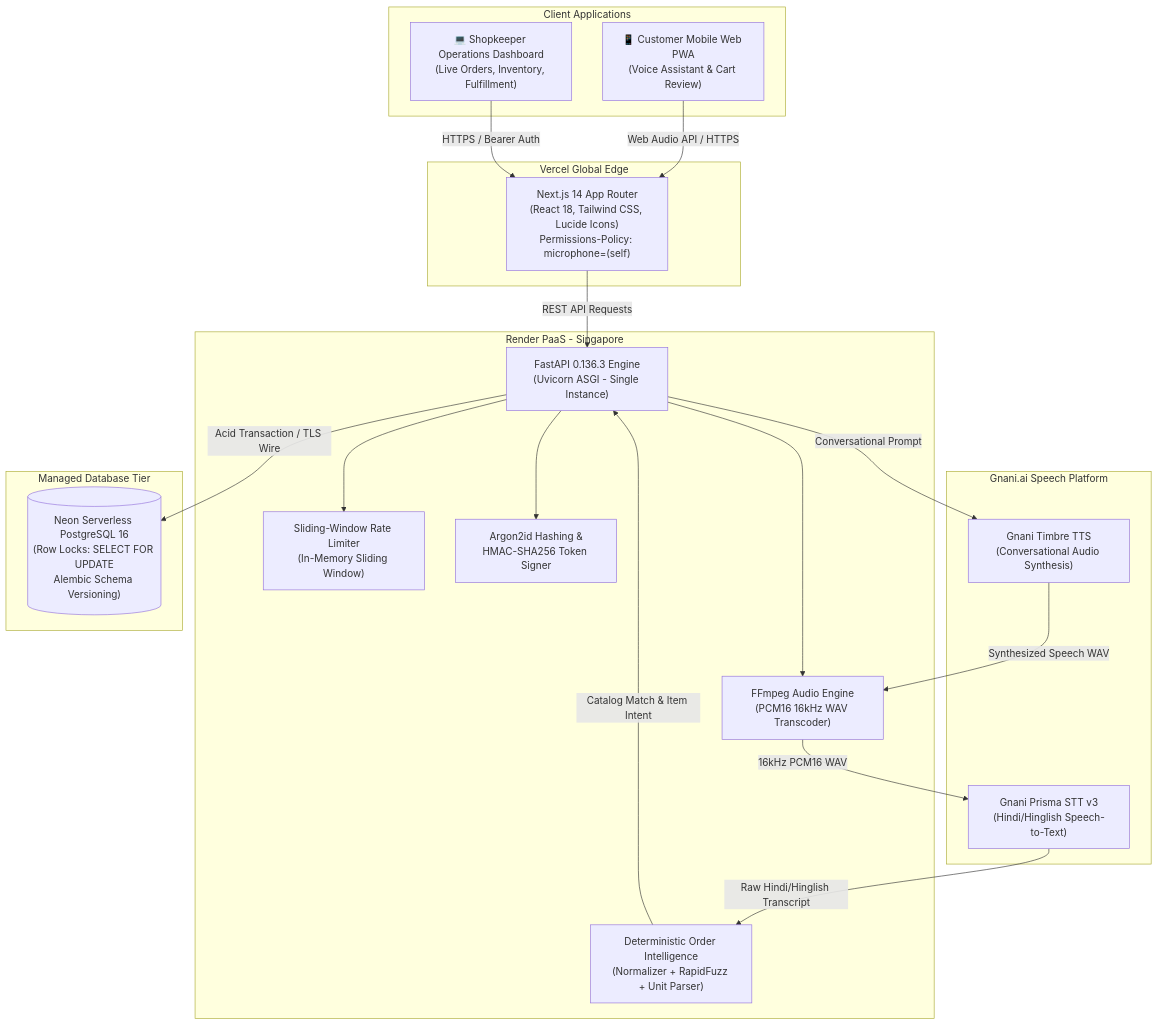
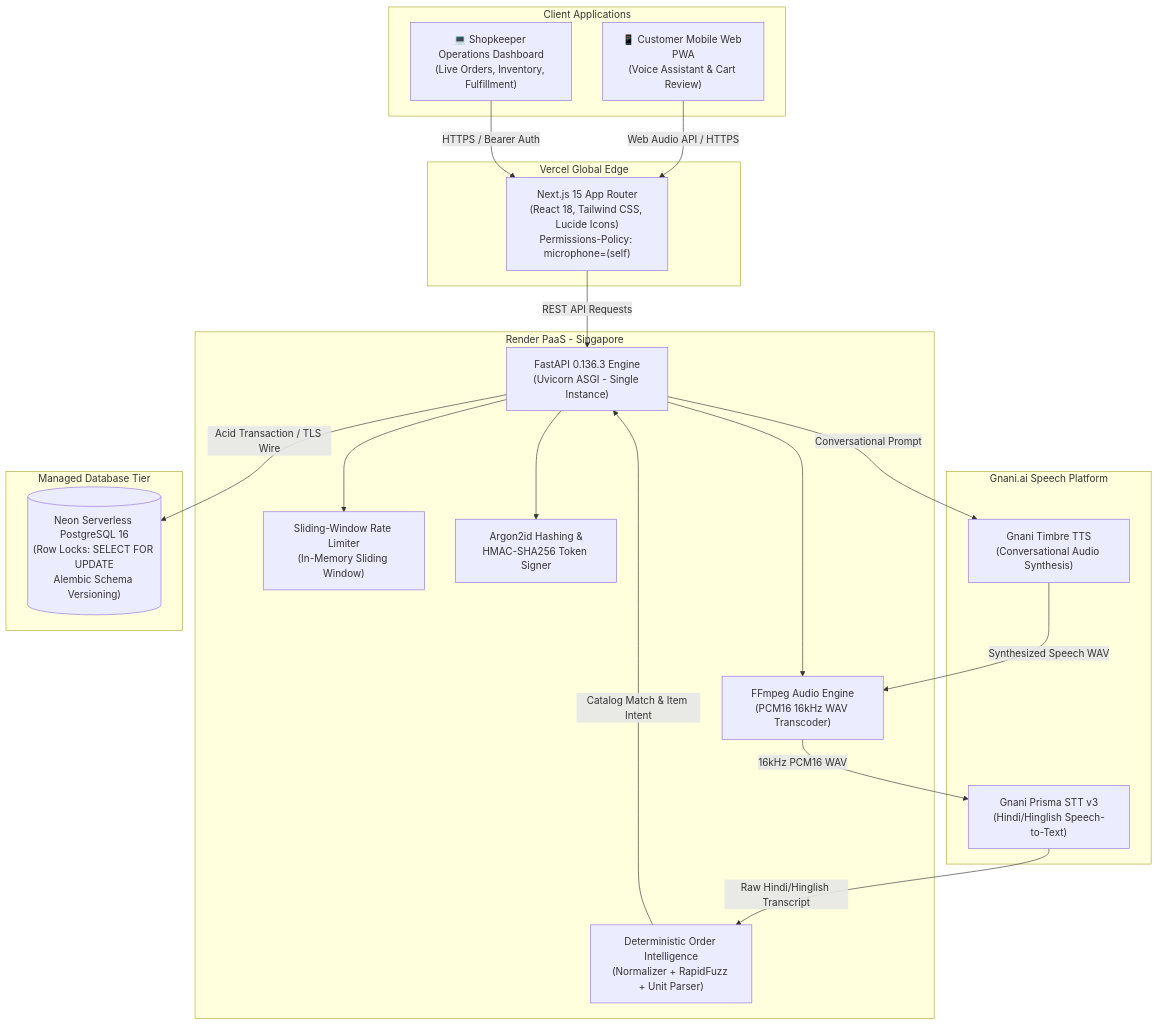
One commit to gautamhardik/gnani changed the first of 2 diagrams in README.md. Above: the diagram before and after it, drawn with Mermaid. The commit also changed other lines of this file and 11 other files, not shown here.

````diff
--- a/README.md
+++ b/README.md
@@ -17,44 +17,44 @@
 ```mermaid
 flowchart TD
     subgraph Client_Applications [Client Applications]
         CustApp["📱 Customer Mobile Web PWA<br/>(Voice Assistant & Cart Review)"]
         MerchApp["💻 Shopkeeper Operations Dashboard<br/>(Live Orders, Inventory, Fulfillment)"]
     end
 
     subgraph CDN_Edge [Vercel Global Edge]
-        NextServer["Next.js 14 App Router<br/>(React 18, Tailwind CSS, Lucide Icons)<br/>Permissions-Policy: microphone=(self)"]
+        NextServer["Next.js 15 App Router<br/>(React 18, Tailwind CSS, Lucide Icons)<br/>Permissions-Policy: microphone=(self)"]
     end
 
     subgraph Backend_Cloud [Render PaaS - Singapore]
         FastAPIApp["FastAPI 0.136.3 Engine<br/>(Uvicorn ASGI - Single Instance)"]
         RateLimiter["Sliding-Window Rate Limiter<br/>(In-Memory Sliding Window)"]
         AuthSecurity["Argon2id Hashing &<br/>HMAC-SHA256 Token Signer"]
         AudioService["FFmpeg Audio Engine<br/>(PCM16 16kHz WAV Transcoder)"]
         IntellEngine["Deterministic Order Intelligence<br/>(Normalizer + RapidFuzz + Unit Parser)"]
     end
 
     subgraph Speech_Services [Gnani.ai Speech Platform]
         PrismaSTT["Gnani Prisma STT v3<br/>(Hindi/Hinglish Speech-to-Text)"]
         TimbreTTS["Gnani Timbre TTS<br/>(Conversational Audio Synthesis)"]
     end
 
     subgraph Database_Tier [Managed Database Tier]
         PostgresDB[("Neon Serverless PostgreSQL 16<br/>(Row Locks: SELECT FOR UPDATE<br/>Alembic Schema Versioning)")]
     end
 
     CustApp -->|Web Audio API / HTTPS| NextServer
     MerchApp -->|HTTPS / Bearer Auth| NextServer
     NextServer -->|REST API Requests| FastAPIApp
 
     FastAPIApp --> RateLimiter
     FastAPIApp --> AuthSecurity
     FastAPIApp --> AudioService
 
     AudioService -->|16kHz PCM16 WAV| PrismaSTT
     PrismaSTT -->|Raw Hindi/Hinglish Transcript| IntellEngine
     IntellEngine -->|Catalog Match & Item Intent| FastAPIApp
     FastAPIApp -->|Conversational Prompt| TimbreTTS
     TimbreTTS -->|Synthesized Speech WAV| AudioService
 
     FastAPIApp -->|Acid Transaction / TLS Wire| PostgresDB
 ```
````
